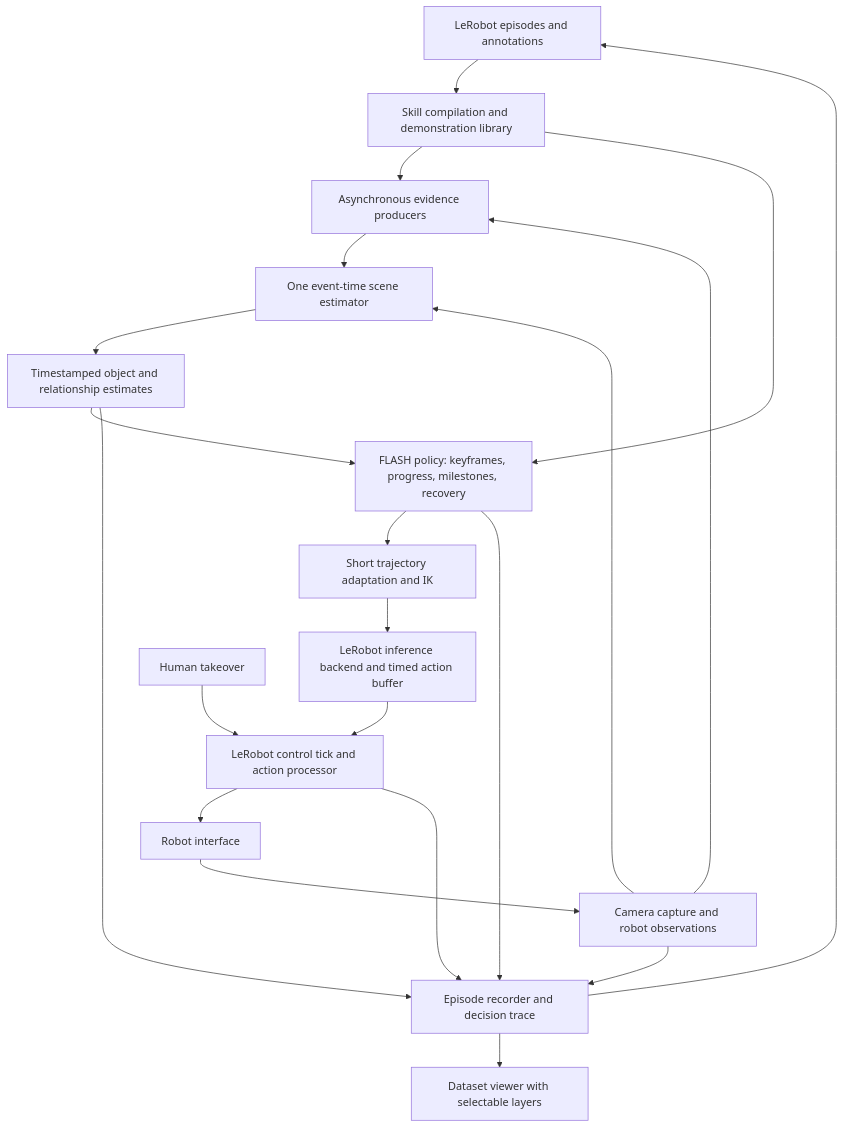
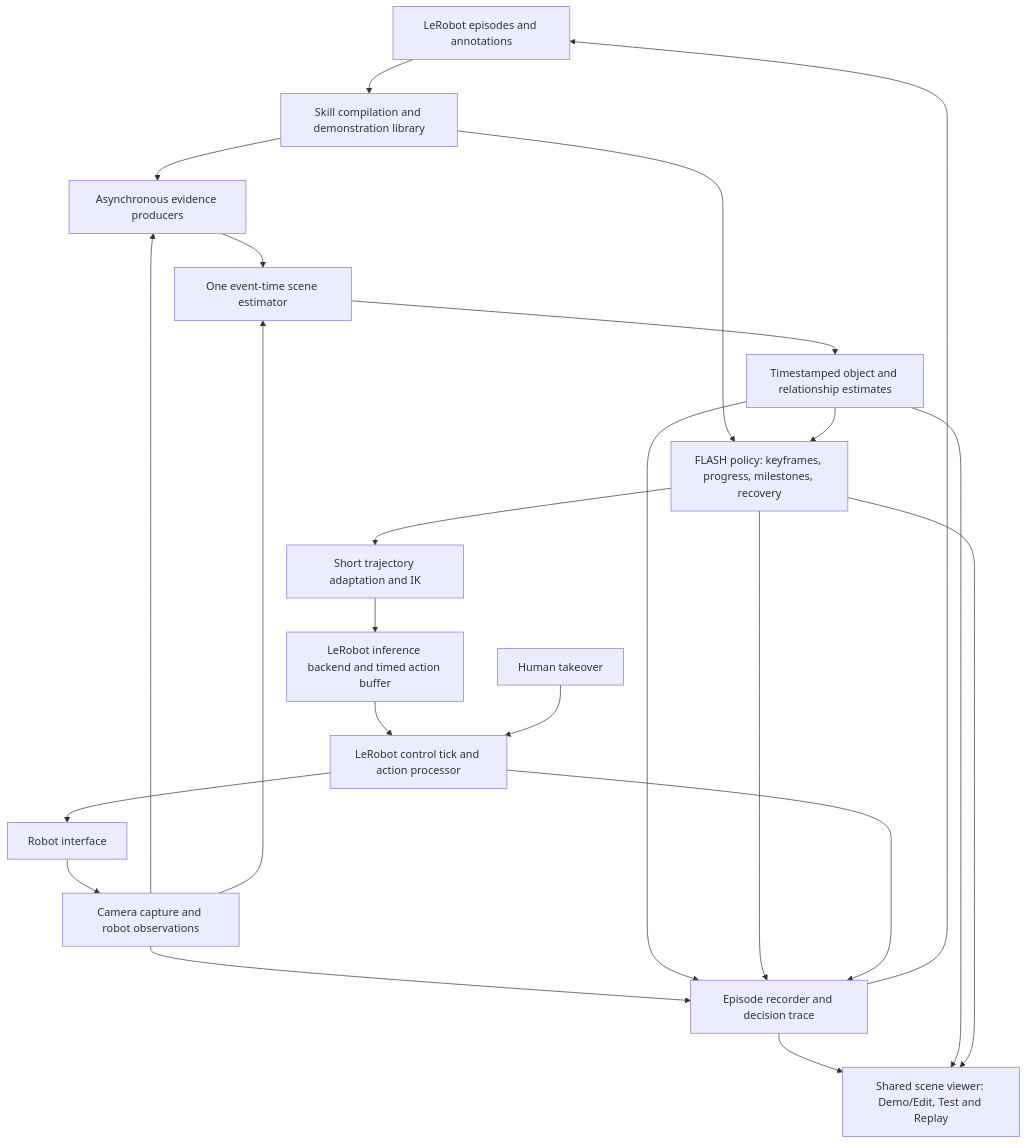
Before and after one commit to TheWisp/lerobot: the first of 2 diagrams in src/lerobot/policies/flash/docs/architecture.md, drawn with Mermaid. The commit also changed other lines of this file and 1 other file, not shown here.

First line of the commit message:
Define timeline-driven extraction and a shared FLASH scene view

````diff
--- a/src/lerobot/policies/flash/docs/architecture.md
+++ b/src/lerobot/policies/flash/docs/architecture.md
@@ -77,23 +77,25 @@
 ```mermaid
 flowchart TD
     EP[LeRobot episodes and annotations] --> SK[Skill compilation and demonstration library]
     CAM[Camera capture and robot observations] --> PE[Asynchronous evidence producers]
     SK --> PE
     PE --> FU[One event-time scene estimator]
     CAM --> FU
     FU --> BE[Timestamped object and relationship estimates]
     SK --> FP[FLASH policy: keyframes, progress, milestones, recovery]
     BE --> FP
     FP --> PL[Short trajectory adaptation and IK]
     PL --> Q[LeRobot inference backend and timed action buffer]
     Q --> LOOP[LeRobot control tick and action processor]
     HU[Human takeover] --> LOOP
     LOOP --> RO[Robot interface]
     RO --> CAM
     CAM --> REC[Episode recorder and decision trace]
     BE --> REC
     FP --> REC
     LOOP --> REC
     REC --> EP
-    REC --> UI[Dataset viewer with selectable layers]
+    REC --> UI[Shared scene viewer: Demo/Edit, Test and Replay]
+    BE --> UI
+    FP --> UI
 ```
````
